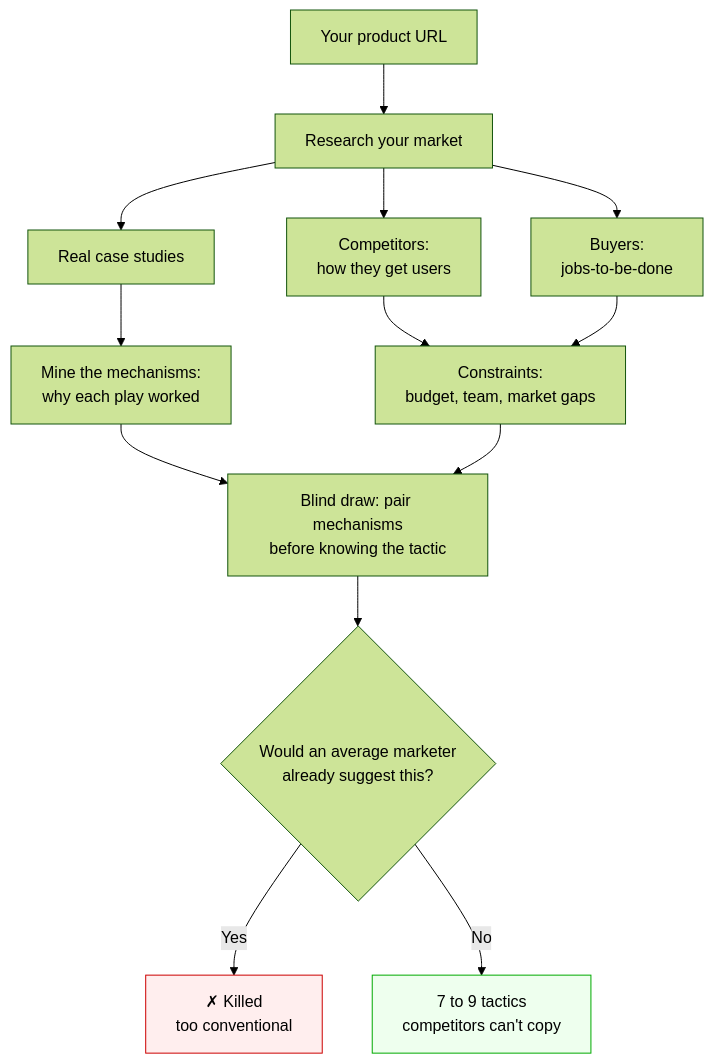
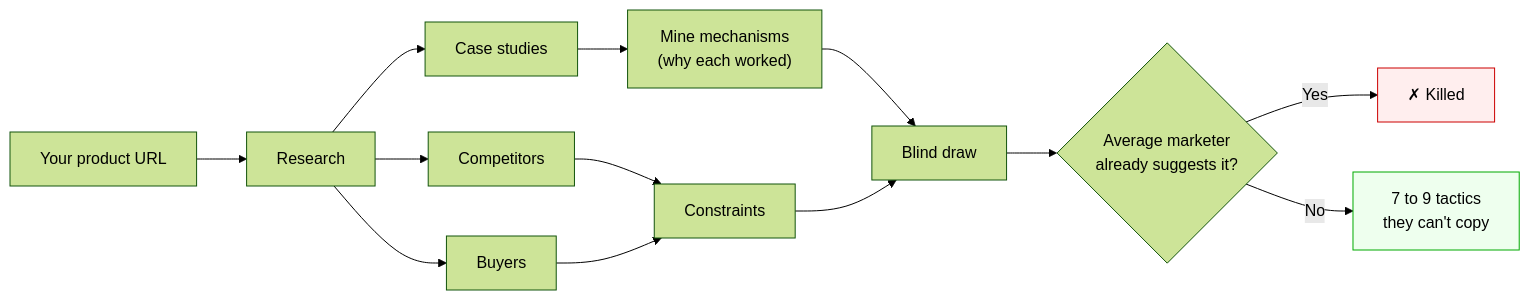
The diagram in README.md (acogood/diffmode_free), drawn with Mermaid (forest theme) before and after one commit.

Commit message:
docs(readme): flip how-it-works diagram to left-right to cut vertical height

````diff
--- a/README.md
+++ b/README.md
@@ -9,18 +9,18 @@
 ```mermaid
-graph TD
-    A["Your product URL"] --> R["Research your market"]
-    R --> COMP["Competitors:<br/>how they get users"]
-    R --> BUY["Buyers:<br/>jobs-to-be-done"]
-    R --> CASE["Real case studies"]
-    CASE --> MINE["Mine the mechanisms:<br/>why each play worked"]
-    COMP --> CONS["Constraints:<br/>budget, team, market gaps"]
+graph LR
+    A["Your product URL"] --> R["Research"]
+    R --> COMP["Competitors"]
+    R --> BUY["Buyers"]
+    R --> CASE["Case studies"]
+    CASE --> MINE["Mine mechanisms<br/>(why each worked)"]
+    COMP --> CONS["Constraints"]
     BUY --> CONS
-    MINE --> DRAW["Blind draw: pair mechanisms<br/>before knowing the tactic"]
+    MINE --> DRAW["Blind draw"]
     CONS --> DRAW
-    DRAW --> GATE{"Would an average marketer<br/>already suggest this?"}
-    GATE -- "Yes" --> KILL["✗ Killed<br/>too conventional"]
-    GATE -- "No" --> OUT["7 to 9 tactics<br/>competitors can't copy"]
+    DRAW --> GATE{"Average marketer<br/>already suggests it?"}
+    GATE -- "Yes" --> KILL["✗ Killed"]
+    GATE -- "No" --> OUT["7 to 9 tactics<br/>they can't copy"]
 
     style KILL fill:#fee,stroke:#c00
     style OUT fill:#efe,stroke:#0a0
 ```
````
